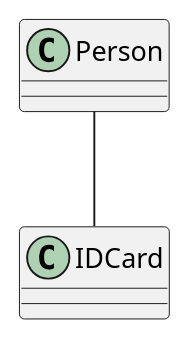
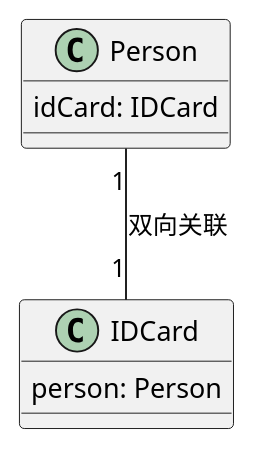
One commit to zymzz1996/design_pattern changed the diagram in src/com/zym/uml/association/Association.puml. Above: the diagram before and after it, drawn with PlantUML. The commit also changed 7 other files, not shown here.

Commit message:
UML类图: 聚合关系

```diff
--- a/src/com/zym/uml/association/Association.puml
+++ b/src/com/zym/uml/association/Association.puml
@@ -1,14 +1,18 @@
 @startuml
 'https://plantuml.com/class-diagram
 '关联关系
 
-class Person
-class IDCard
+class Person {
+    idCard: IDCard
+}
+class IDCard {
+    person: Person
+}
 
 '单向关系
-'Person --> IDCard
+'Person "1" --> "1" IDCard: 单向关联
 
 '双向关系
-Person -- IDCard
+Person "1" -- "1" IDCard : 双向关联
 
 @enduml
```
